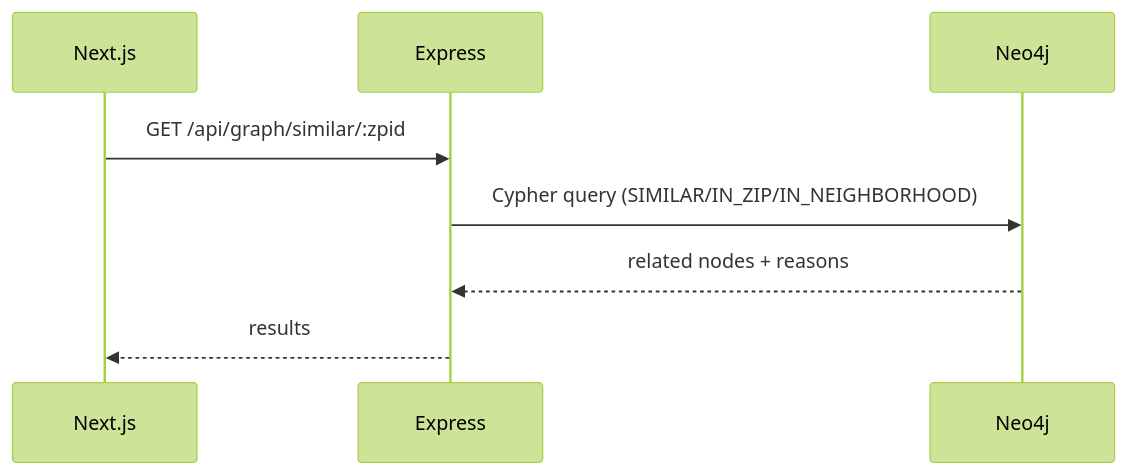
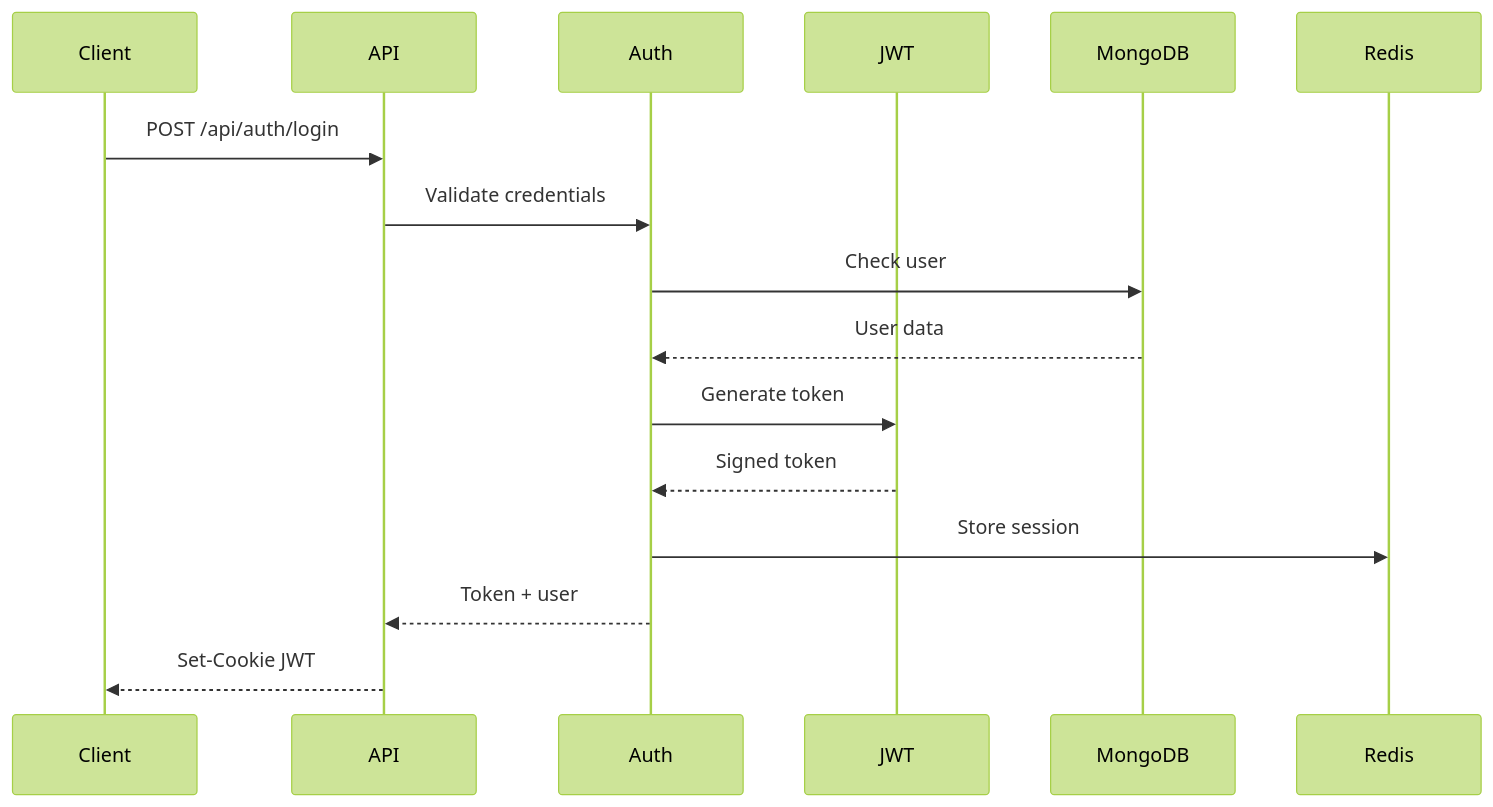
The second of 27 diagrams in ARCHITECTURE.md (joonseolee/EstateWise-Chapel-Hill-Chatbot), drawn with Mermaid (forest theme) before and after one commit. The commit also changed other lines of this file and 2 other files, not shown here.

````diff
--- a/ARCHITECTURE.md
+++ b/ARCHITECTURE.md
@@ -123,11 +168,19 @@
 ```mermaid
 sequenceDiagram
-  participant FE as Next.js
-  participant API as Express
-  participant N as Neo4j
+  participant Client
+  participant API
+  participant Auth
+  participant JWT
+  participant MongoDB
+  participant Redis
 
-  FE->>API: GET /api/graph/similar/:zpid
-  API->>N: Cypher query (SIMILAR/IN_ZIP/IN_NEIGHBORHOOD)
-  N-->>API: related nodes + reasons
-  API-->>FE: results
+  Client->>API: POST /api/auth/login
+  API->>Auth: Validate credentials
+  Auth->>MongoDB: Check user
+  MongoDB-->>Auth: User data
+  Auth->>JWT: Generate token
+  JWT-->>Auth: Signed token
+  Auth->>Redis: Store session
+  Auth-->>API: Token + user
+  API-->>Client: Set-Cookie JWT
 ```
````
